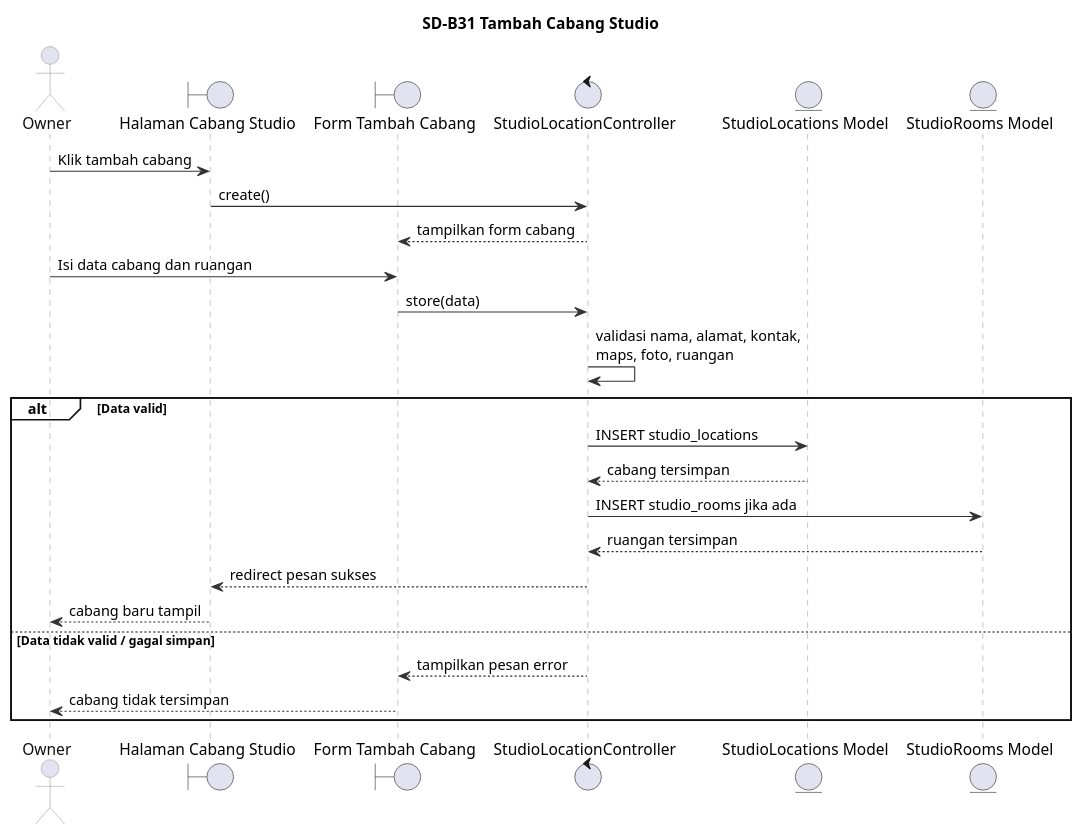
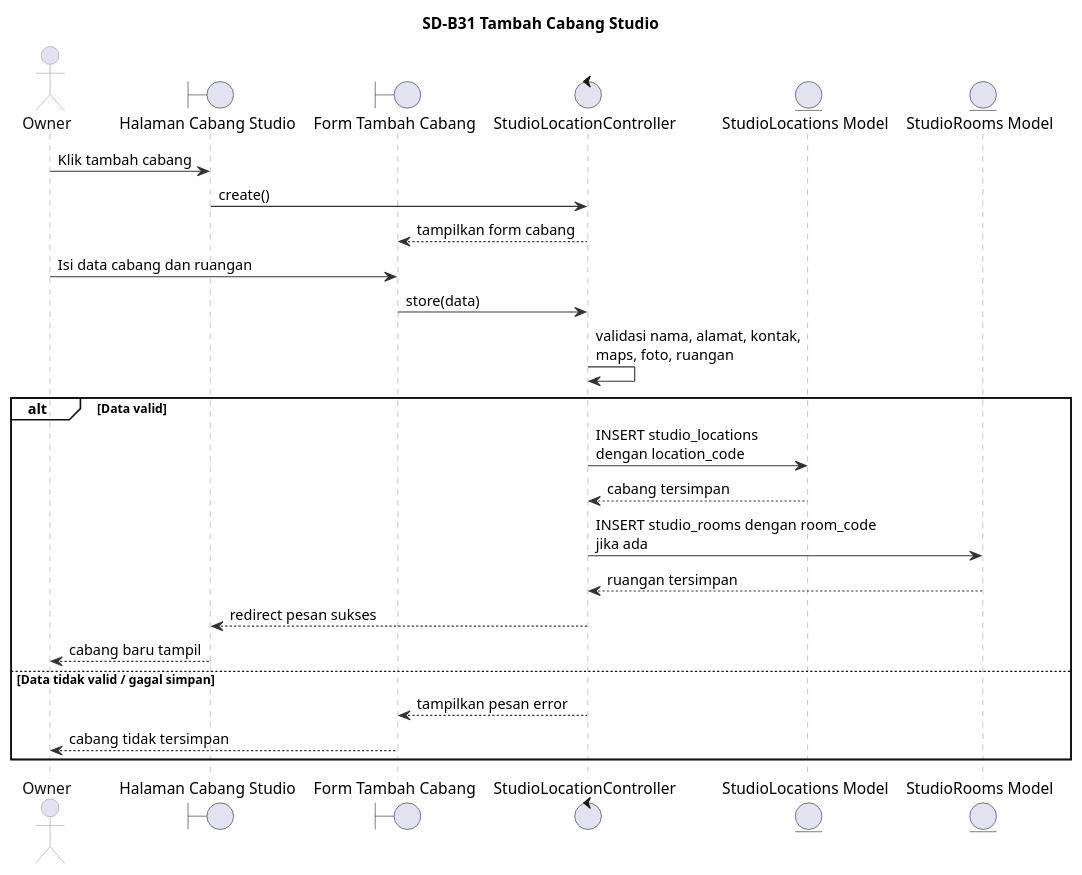
Before and after one commit to Fajrinputra/alterstudio-ta: the diagram in sequence/SD-B31.puml, drawn with PlantUML. The commit also changed 71 other files, not shown here.

```diff
--- a/sequence/SD-B31.puml
+++ b/sequence/SD-B31.puml
@@ -1,46 +1,46 @@
 @startuml
 title SD-B31 Tambah Cabang Studio
 
 skinparam backgroundColor white
 skinparam shadowing false
 skinparam BoxPadding 4
 skinparam sequence {
     ArrowColor #333333
     LifeLineBorderColor #999999
     LifeLineBackgroundColor white
     ParticipantBorderColor #999999
     ParticipantBackgroundColor #ECEEF8
     ParticipantFontColor #111111
     ActorBorderColor #999999
     ActorFontColor #111111
     GroupBorderColor #111111
     GroupBackgroundColor transparent
 }
 
 actor "Owner" as Owner
 boundary "Halaman Cabang Studio" as HalamanCabang
 boundary "Form Tambah Cabang" as FormTambah
 control "StudioLocationController" as StudioLocationController
 entity "StudioLocations Model" as StudioLocation
 entity "StudioRooms Model" as StudioRoom
 
 Owner -> HalamanCabang : Klik tambah cabang
 HalamanCabang -> StudioLocationController : create()
 StudioLocationController --> FormTambah : tampilkan form cabang
 Owner -> FormTambah : Isi data cabang dan ruangan
 FormTambah -> StudioLocationController : store(data)
 StudioLocationController -> StudioLocationController : validasi nama, alamat, kontak,\nmaps, foto, ruangan
 
 alt Data valid
-    StudioLocationController -> StudioLocation : INSERT studio_locations
+    StudioLocationController -> StudioLocation : INSERT studio_locations\ndengan location_code
     StudioLocation --> StudioLocationController : cabang tersimpan
-    StudioLocationController -> StudioRoom : INSERT studio_rooms jika ada
+    StudioLocationController -> StudioRoom : INSERT studio_rooms dengan room_code\njika ada
     StudioRoom --> StudioLocationController : ruangan tersimpan
     StudioLocationController --> HalamanCabang : redirect pesan sukses
     HalamanCabang --> Owner : cabang baru tampil
 else Data tidak valid / gagal simpan
     StudioLocationController --> FormTambah : tampilkan pesan error
     FormTambah --> Owner : cabang tidak tersimpan
 end
 
 @enduml
```
